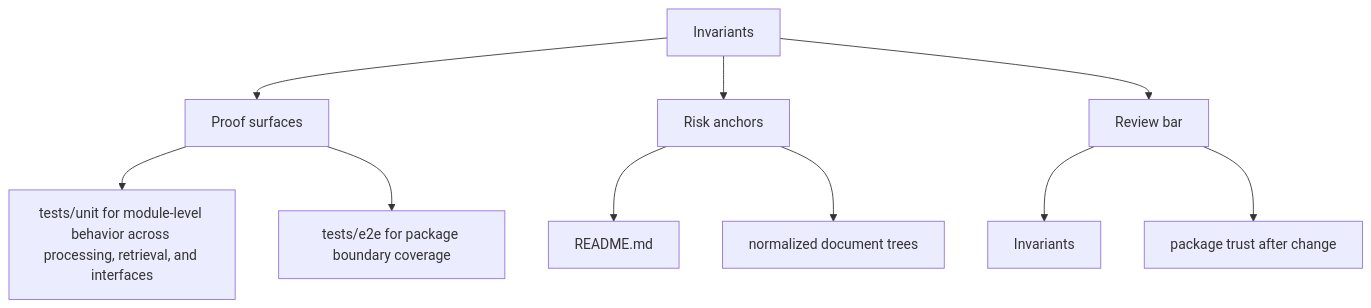
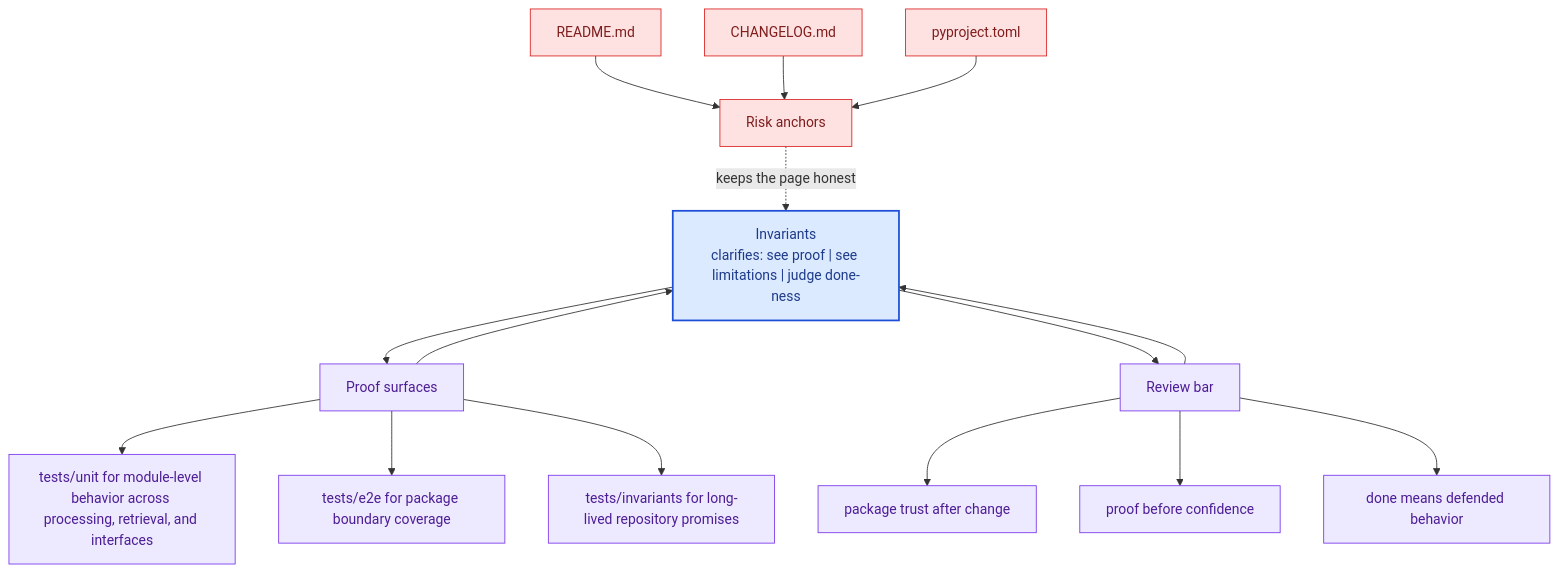
The second of 2 diagrams in docs/bijux-canon-ingest/quality/invariants.md (bijux/bijux-canon), drawn with Mermaid before and after one commit. The commit also changed other lines of this file and 281 other files, not shown here.

Commit message:
docs(diagrams): deepen handbook mermaid maps across the catalog

````diff
--- a/docs/bijux-canon-ingest/quality/invariants.md
+++ b/docs/bijux-canon-ingest/quality/invariants.md
@@ -34,22 +67,41 @@
 ```mermaid
-flowchart TD
-    page["Invariants"]
+flowchart TB
+    promise["Invariants<br/>clarifies: see proof | see limitations | judge done-ness"]
+    classDef promise fill:#dbeafe,stroke:#1d4ed8,color:#1e3a8a,stroke-width:2px;
+    classDef driver fill:#dcfce7,stroke:#16a34a,color:#14532d;
+    classDef constraint fill:#fee2e2,stroke:#dc2626,color:#7f1d1d;
+    classDef ground fill:#ede9fe,stroke:#7c3aed,color:#4c1d95;
     focus1["Proof surfaces"]
-    page --> focus1
+    focus1 --> promise
+    promise --> focus1
     focus1_1["tests/unit for module-level behavior across processing, retrieval, and interfaces"]
     focus1 --> focus1_1
     focus1_2["tests/e2e for package boundary coverage"]
     focus1 --> focus1_2
+    focus1_3["tests/invariants for long-lived repository promises"]
+    focus1 --> focus1_3
+    class focus1 ground;
+    class focus1_1,focus1_2,focus1_3 ground;
     focus2["Risk anchors"]
-    page --> focus2
+    focus2 -.keeps the page honest.-> promise
     focus2_1["README.md"]
-    focus2 --> focus2_1
-    focus2_2["normalized document trees"]
-    focus2 --> focus2_2
+    focus2_1 --> focus2
+    focus2_2["CHANGELOG.md"]
+    focus2_2 --> focus2
+    focus2_3["pyproject.toml"]
+    focus2_3 --> focus2
+    class focus2 constraint;
+    class focus2_1,focus2_2,focus2_3 constraint;
     focus3["Review bar"]
-    page --> focus3
-    focus3_1["Invariants"]
+    focus3 --> promise
+    promise --> focus3
+    focus3_1["package trust after change"]
     focus3 --> focus3_1
-    focus3_2["package trust after change"]
+    focus3_2["proof before confidence"]
     focus3 --> focus3_2
+    focus3_3["done means defended behavior"]
+    focus3 --> focus3_3
+    class focus3 ground;
+    class focus3_1,focus3_2,focus3_3 ground;
+    class promise promise;
 ```
````
